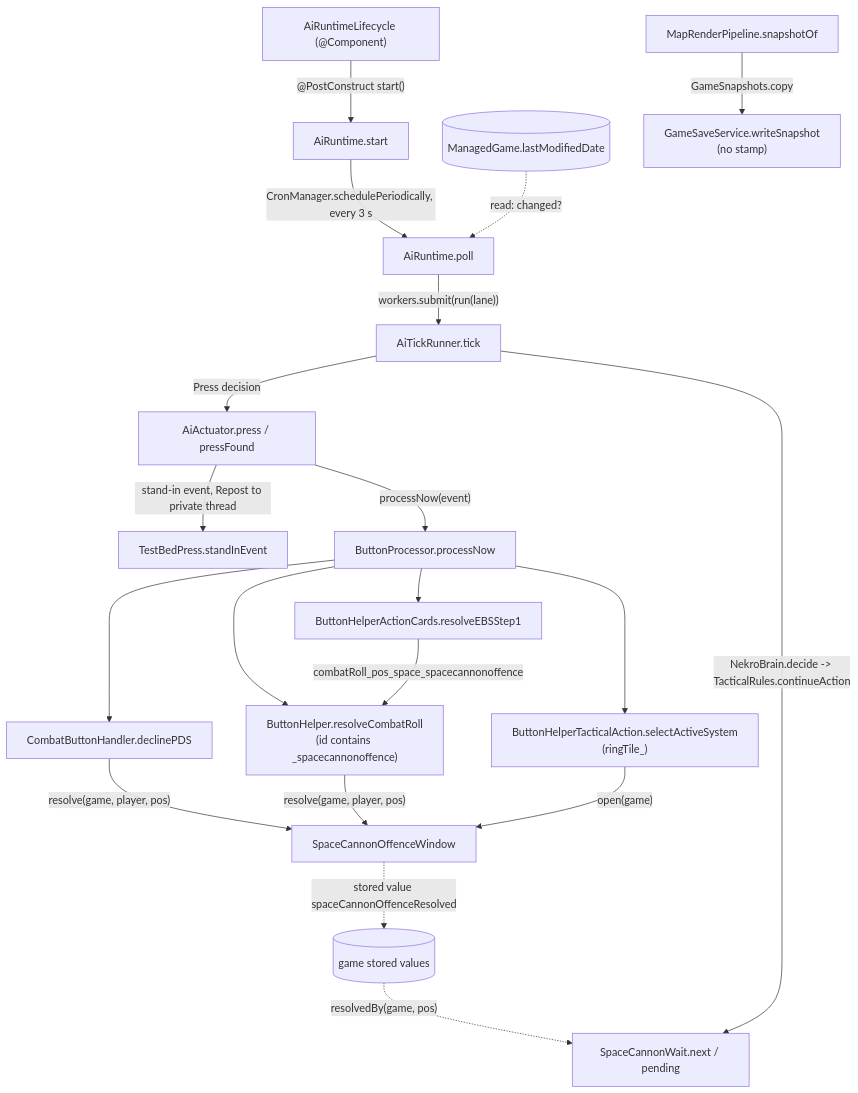
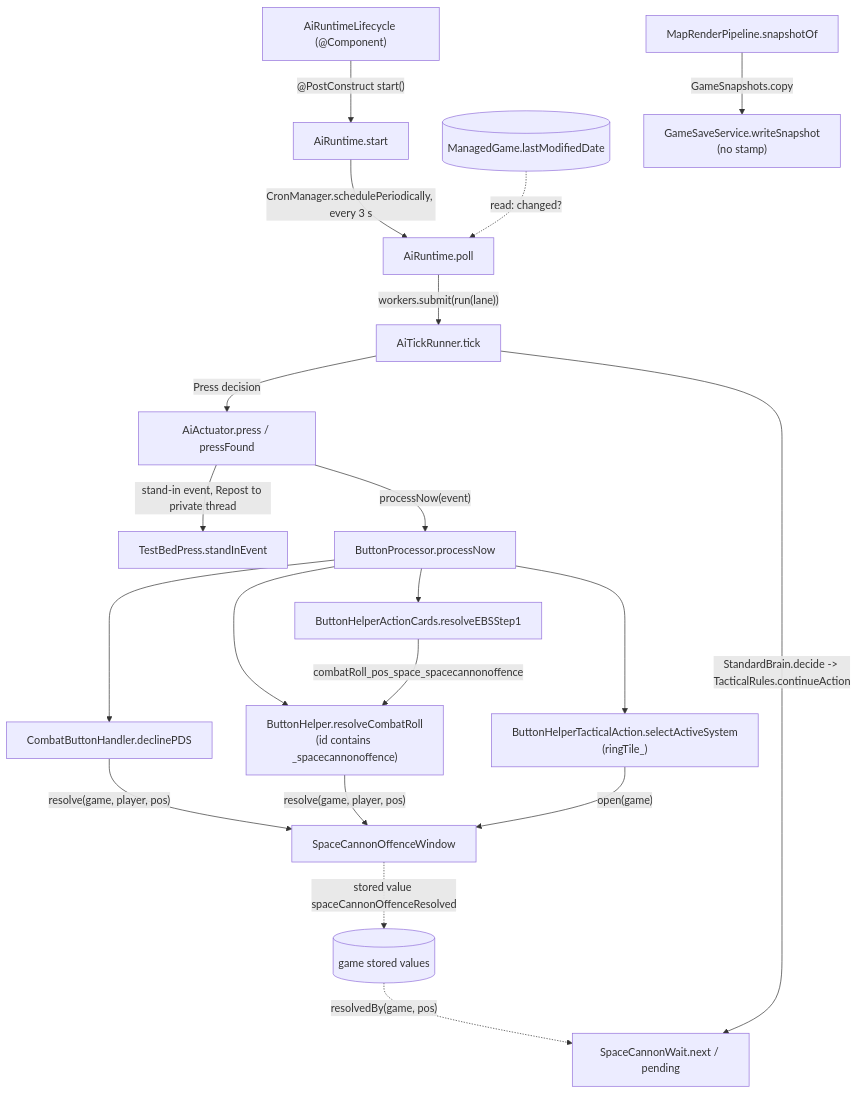
Before and after one commit to AsyncTI4/TI4_map_generator_bot: the first of 2 diagrams in src/main/java/ti4/ai/ENGINE_CHANGES.md, drawn with Mermaid. The commit also changed other lines of this file and 64 other files, not shown here.

````diff
--- a/src/main/java/ti4/ai/ENGINE_CHANGES.md
+++ b/src/main/java/ti4/ai/ENGINE_CHANGES.md
@@ -19,22 +19,22 @@
 ```mermaid
 flowchart TD
     LC["AiRuntimeLifecycle (@Component)"] -->|"@PostConstruct start()"| RS["AiRuntime.start"]
     RS -->|"CronManager.schedulePeriodically, every 3 s"| POLL["AiRuntime.poll"]
     MG[("ManagedGame.lastModifiedDate")] -.->|"read: changed?"| POLL
     POLL -->|"workers.submit(run(lane))"| TICK["AiTickRunner.tick"]
     TICK -->|"Press decision"| ACT["AiActuator.press / pressFound"]
     ACT -->|"stand-in event, Repost to private thread"| TBP["TestBedPress.standInEvent"]
     ACT -->|"processNow(event)"| BP["ButtonProcessor.processNow"]
     BP --> H1["CombatButtonHandler.declinePDS"]
     BP --> H2["ButtonHelper.resolveCombatRoll<br/>(id contains _spacecannonoffence)"]
     BP --> H3["ButtonHelperTacticalAction.selectActiveSystem<br/>(ringTile_)"]
     BP --> H4["ButtonHelperActionCards.resolveEBSStep1"]
     H4 -->|"combatRoll_pos_space_spacecannonoffence"| H2
     H1 -->|"resolve(game, player, pos)"| W["SpaceCannonOffenceWindow"]
     H2 -->|"resolve(game, player, pos)"| W
     H3 -->|"open(game)"| W
     W -.->|"stored value spaceCannonOffenceResolved"| SV[("game stored values")]
     SV -.->|"resolvedBy(game, pos)"| SCW["SpaceCannonWait.next / pending"]
-    TICK -->|"NekroBrain.decide -> TacticalRules.continueAction"| SCW
+    TICK -->|"StandardBrain.decide -> TacticalRules.continueAction"| SCW
     REN["MapRenderPipeline.snapshotOf"] -->|"GameSnapshots.copy"| WS["GameSaveService.writeSnapshot<br/>(no stamp)"]
 ```
````
